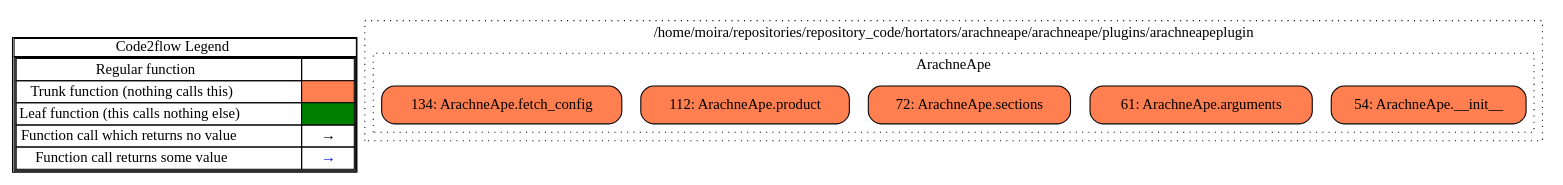
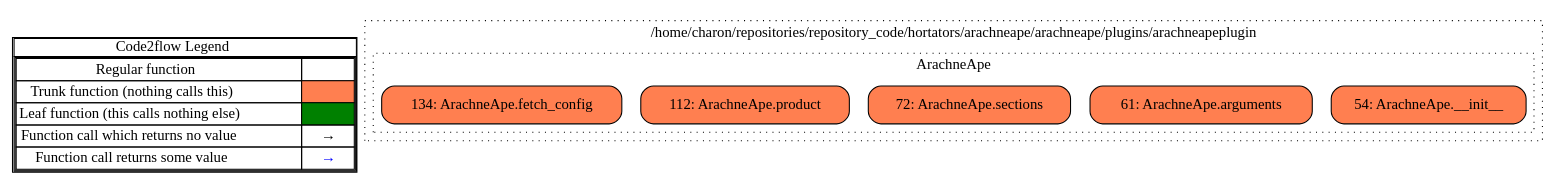
One commit to russell-n/theape changed the diagram in arachneape/documentation/developer/appendices/explore_graphs/plugin_flow.gv. Above: the diagram before and after it, drawn with Graphviz. The commit also changed 37 other files, not shown here.

```diff
--- a/arachneape/documentation/developer/appendices/explore_graphs/plugin_flow.gv
+++ b/arachneape/documentation/developer/appendices/explore_graphs/plugin_flow.gv
@@ -1,33 +1,33 @@
 digraph G {
 concentrate = true;
 			subgraph legend{
 			rank = min;
 			label = "legend";
 			Legend [shape=none, margin=0, label = <
 				<table cellspacing="0" cellpadding="0" border="1"><tr><td>Code2flow Legend</td></tr><tr><td>
 				<table cellspacing="0">
 				<tr><td>Regular function</td><td width="50px"></td></tr>
 				<tr><td>Trunk function (nothing calls this)</td><td bgcolor='coral'></td></tr>
 				<tr><td>Leaf function (this calls nothing else)</td><td bgcolor='green'></td></tr>
 				<tr><td>Function call which returns no value</td><td>&#8594;</td></tr>
 				<tr><td>Function call returns some value</td><td><font color='blue'>&#8594;</font></td></tr>
 				</table></td></tr></table>
 				>];}node2 [splines=ortho shape = "rect" style = "rounded,filled" fillcolor = "coral" label = "54: ArachneApe.__init__" ];
 node3 [splines=ortho shape = "rect" style = "rounded,filled" fillcolor = "coral" label = "61: ArachneApe.arguments" ];
 node4 [splines=ortho shape = "rect" style = "rounded,filled" fillcolor = "coral" label = "72: ArachneApe.sections" ];
 node5 [splines=ortho shape = "rect" style = "rounded,filled" fillcolor = "coral" label = "112: ArachneApe.product" ];
 node6 [splines=ortho shape = "rect" style = "rounded,filled" fillcolor = "coral" label = "134: ArachneApe.fetch_config" ];
-subgraph clusterhomemoirarepositoriesrepository_codehortatorsarachneapearachneapepluginsarachneapeplugin0{
+subgraph clusterhomecharonrepositoriesrepository_codehortatorsarachneapearachneapepluginsarachneapeplugin0{
 node2 node3 node4 node5 node6 ;
-label="/home/moira/repositories/repository_code/hortators/arachneape/arachneape/plugins/arachneapeplugin";
+label="/home/charon/repositories/repository_code/hortators/arachneape/arachneape/plugins/arachneapeplugin";
 style=filled;
 color=black;
 graph[style=dotted];
 subgraph clusterArachneApe1{
 node2 node3 node4 node5 node6 ;
 label="ArachneApe";
 style=filled;
 color=black;
 graph[style=dotted];
 }};
 }
```
